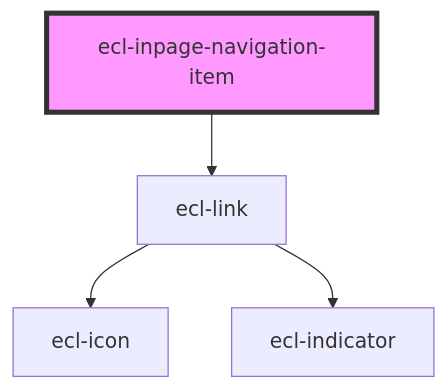
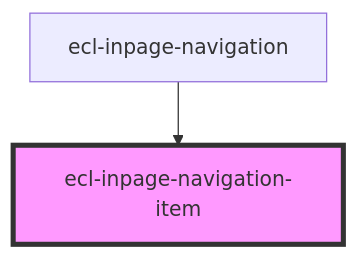
Before and after one commit to ec-europa/ecl-webcomponents: the diagram in src/components/ecl-inpage-navigation/readme.md, drawn with Mermaid. The commit also changed other lines of this file and 61 other files, not shown here.

````diff
--- a/src/components/ecl-inpage-navigation/readme.md
+++ b/src/components/ecl-inpage-navigation/readme.md
@@ -24,7 +24,5 @@
 ```mermaid
 graph TD;
-  ecl-inpage-navigation-item --> ecl-link
-  ecl-link --> ecl-icon
-  ecl-link --> ecl-indicator
+  ecl-inpage-navigation --> ecl-inpage-navigation-item
   style ecl-inpage-navigation-item fill:#f9f,stroke:#333,stroke-width:4px
 ```
````
